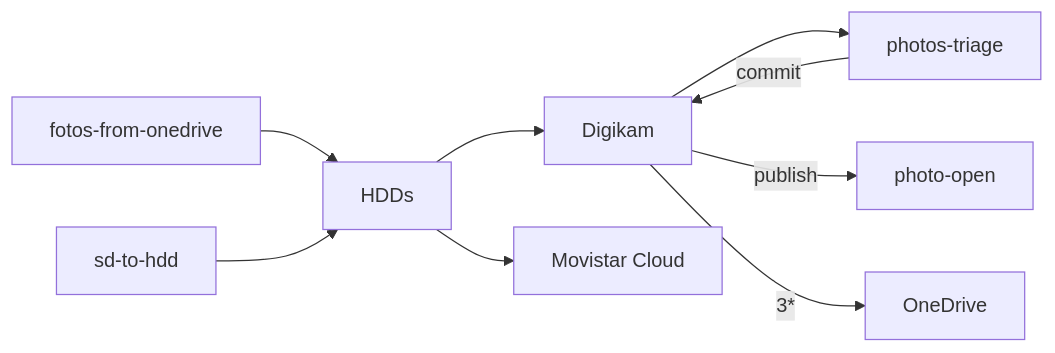
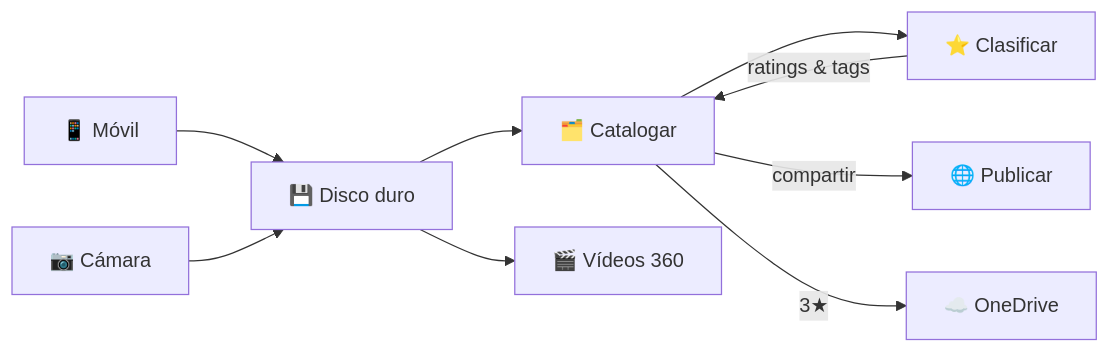
Before and after one commit to pablonete/agentcamp-2026-keynote: the diagram in slides/mermaid/openclaw.workflow.md, drawn with Mermaid. The commit also changed 4 other files, not shown here.

Commit message:
feat(workflow): add clean + skills versions of workflow diagram

````diff
--- a/slides/mermaid/openclaw.workflow.md
+++ b/slides/mermaid/openclaw.workflow.md
@@ -1,11 +1,11 @@
 ```mermaid
 flowchart LR
-	A[fotos-from-onedrive] --> C[HDDs]
-	B[sd-to-hdd] --> C
-	C --> D[Digikam]
-	D --> F[photos-triage]
-	F -->|commit| D
-	D -->|publish| G[photo-open]
-	D -->|3*| E[OneDrive]
-	C --> H[Movistar Cloud]
+	A[📱 Móvil] --> C[💾 Disco duro]
+	B[📷 Cámara] --> C
+	C --> D[🗂️ Catalogar]
+	D --> F[⭐ Clasificar]
+	F -->|ratings & tags| D
+	D -->|compartir| G[🌐 Publicar]
+	D -->|3★| E[☁️ OneDrive]
+	C --> H[🎬 Vídeos 360]
 ```
````
